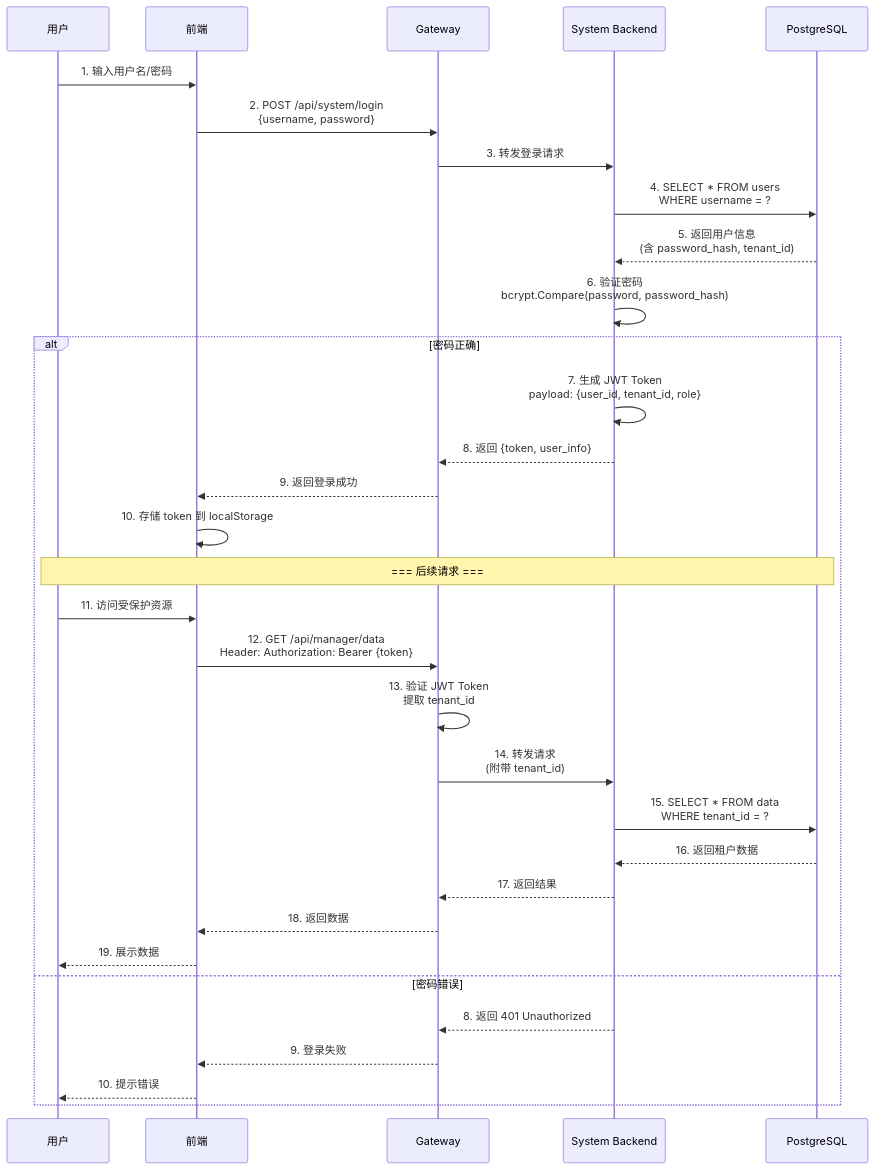
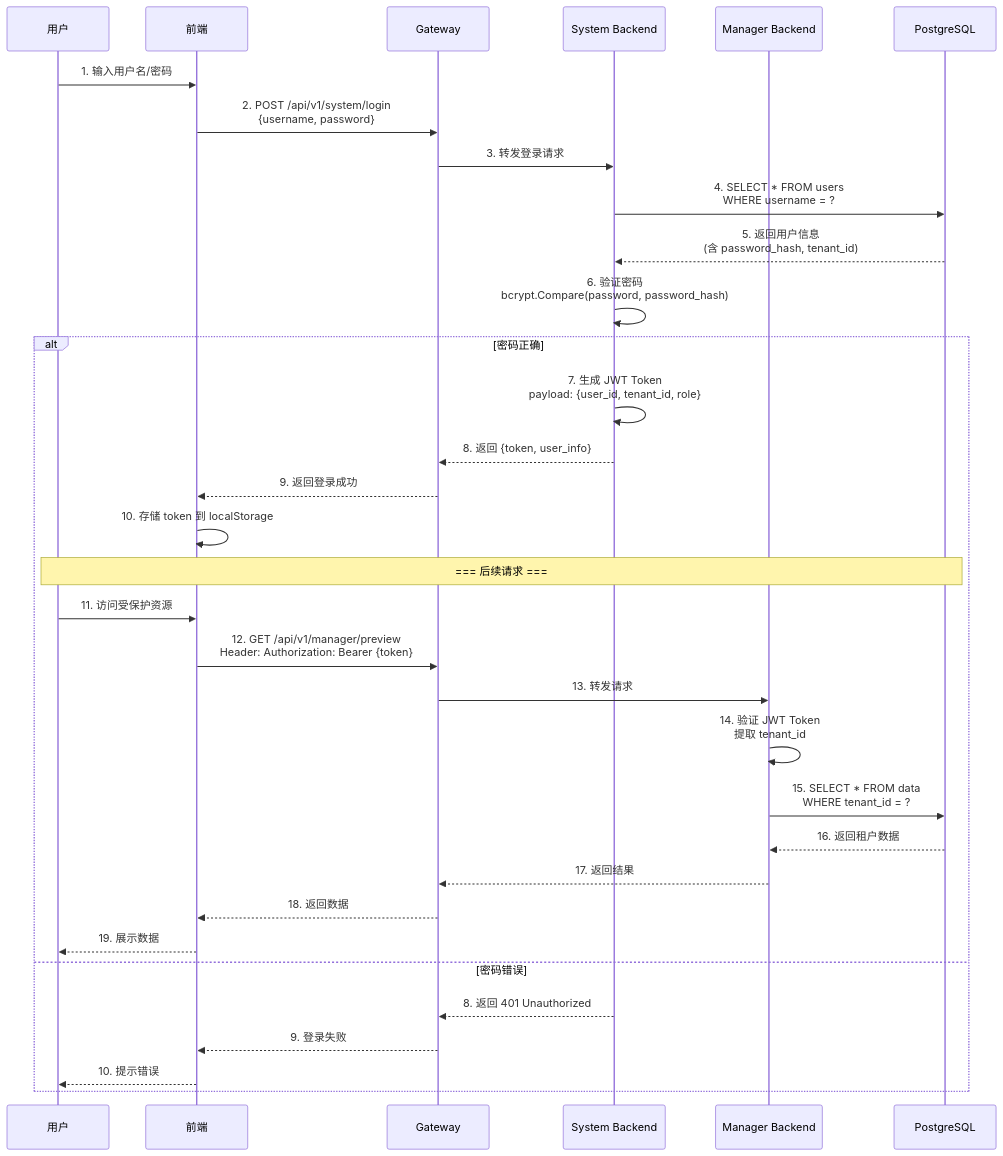
One commit to pampa0629/addp changed the third of 3 diagrams in docs/concepts/addp账号与权限体系图.md. Above: the diagram before and after it, drawn with Mermaid. The commit also changed other lines of this file and 402 other files, not shown here.

````diff
--- a/docs/concepts/addp账号与权限体系图.md
+++ b/docs/concepts/addp账号与权限体系图.md
@@ -178,38 +180,39 @@
 ```mermaid
 sequenceDiagram
     participant User as 用户
     participant Frontend as 前端
     participant Gateway as Gateway
     participant System as System Backend
+    participant Manager as Manager Backend
     participant DB as PostgreSQL
 
     User->>Frontend: 1. 输入用户名/密码
-    Frontend->>Gateway: 2. POST /api/system/login<br/>{username, password}
+    Frontend->>Gateway: 2. POST /api/v1/system/login<br/>{username, password}
     Gateway->>System: 3. 转发登录请求
     System->>DB: 4. SELECT * FROM users<br/>WHERE username = ?
     DB-->>System: 5. 返回用户信息<br/>(含 password_hash, tenant_id)
     System->>System: 6. 验证密码<br/>bcrypt.Compare(password, password_hash)
 
     alt 密码正确
         System->>System: 7. 生成 JWT Token<br/>payload: {user_id, tenant_id, role}
         System-->>Gateway: 8. 返回 {token, user_info}
         Gateway-->>Frontend: 9. 返回登录成功
         Frontend->>Frontend: 10. 存储 token 到 localStorage
 
         Note over User,DB: === 后续请求 ===
 
         User->>Frontend: 11. 访问受保护资源
-        Frontend->>Gateway: 12. GET /api/manager/data<br/>Header: Authorization: Bearer {token}
-        Gateway->>Gateway: 13. 验证 JWT Token<br/>提取 tenant_id
-        Gateway->>System: 14. 转发请求<br/>(附带 tenant_id)
-        System->>DB: 15. SELECT * FROM data<br/>WHERE tenant_id = ?
-        DB-->>System: 16. 返回租户数据
-        System-->>Gateway: 17. 返回结果
+        Frontend->>Gateway: 12. GET /api/v1/manager/preview<br/>Header: Authorization: Bearer {token}
+        Gateway->>Manager: 13. 转发请求
+        Manager->>Manager: 14. 验证 JWT Token<br/>提取 tenant_id
+        Manager->>DB: 15. SELECT * FROM data<br/>WHERE tenant_id = ?
+        DB-->>Manager: 16. 返回租户数据
+        Manager-->>Gateway: 17. 返回结果
         Gateway-->>Frontend: 18. 返回数据
         Frontend-->>User: 19. 展示数据
     else 密码错误
         System-->>Gateway: 8. 返回 401 Unauthorized
         Gateway-->>Frontend: 9. 登录失败
         Frontend-->>User: 10. 提示错误
     end
 ```
````
